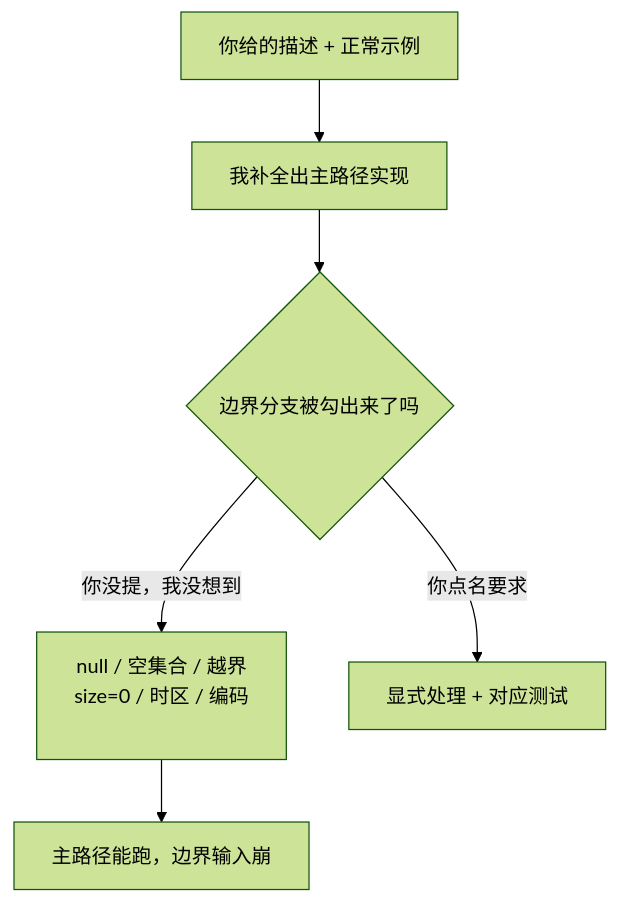
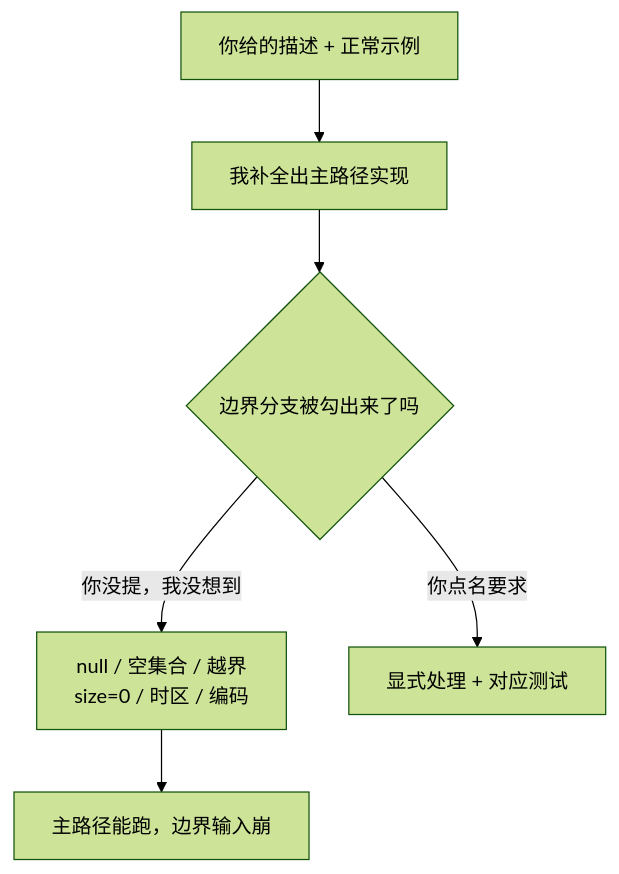
Before and after one commit to XuebinMa/AIWiki: the diagram in docs/04-detailed-design/missing-edge-cases.mdx, drawn with Mermaid (forest theme). The commit also changed 99 other files, not shown here.

First line of the commit message:
fix(mermaid): 全局根治节点文字裁切（htmlLabels:false + 清理 br/nbsp 占位）(#26)

````diff
--- a/docs/04-detailed-design/missing-edge-cases.mdx
+++ b/docs/04-detailed-design/missing-edge-cases.mdx
@@ -38,8 +38,8 @@
 ```mermaid
 flowchart TD
     A[你给的描述 + 正常示例] --> B[我补全出主路径实现]
     B --> C{边界分支被勾出来了吗}
-    C -->|你没提，我没想到| D["null / 空集合 / 越界<br/>size=0 / 时区 / 编码<br/>&nbsp;"]
+    C -->|你没提，我没想到| D["null / 空集合 / 越界<br/>size=0 / 时区 / 编码"]
     C -->|你点名要求| E[显式处理 + 对应测试]
     D --> F[主路径能跑，边界输入崩]
 ```
````
